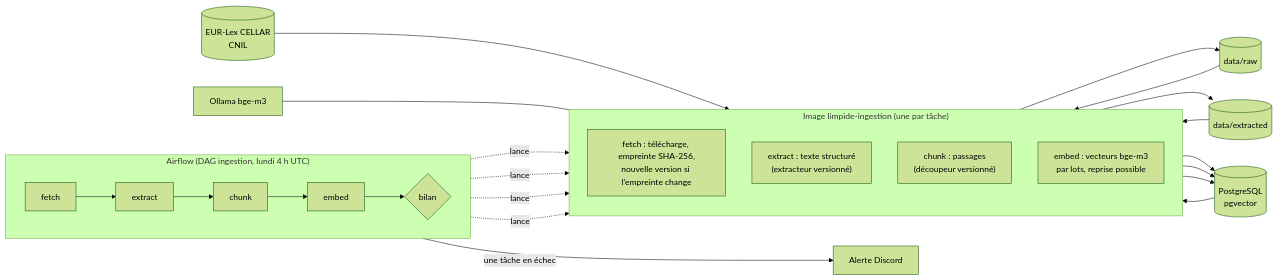
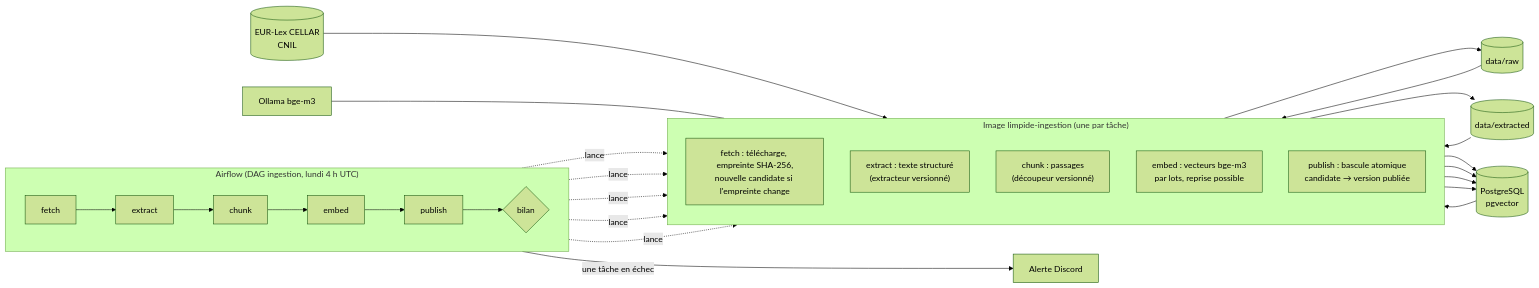
Before and after one commit to olick/limpide: the first of 2 diagrams in docs/pipeline-ingestion.md, drawn with Mermaid (forest theme). The commit also changed other lines of this file and 28 other files, not shown here.

First line of the commit message:
S5 session 1 : cycle de vie des versions (candidate → publiée), migrations DbUp, ADR-014

````diff
--- a/docs/pipeline-ingestion.md
+++ b/docs/pipeline-ingestion.md
@@ -6,29 +6,32 @@
 ```mermaid
 flowchart LR
     subgraph Airflow["Airflow (DAG ingestion, lundi 4 h UTC)"]
         direction LR
-        F[fetch] --> E[extract] --> C[chunk] --> M[embed] --> B{bilan}
+        F[fetch] --> E[extract] --> C[chunk] --> M[embed] --> P[publish] --> B{bilan}
     end
 
     subgraph Conteneurs["Image limpide-ingestion (une par tâche)"]
         direction TB
-        CF["fetch : télécharge, empreinte SHA-256,<br/>nouvelle version si l'empreinte change"]
+        CF["fetch : télécharge, empreinte SHA-256,<br/>nouvelle candidate si l'empreinte change"]
         CE["extract : texte structuré<br/>(extracteur versionné)"]
         CC["chunk : passages<br/>(découpeur versionné)"]
         CM["embed : vecteurs bge-m3<br/>par lots, reprise possible"]
+        CP["publish : bascule atomique<br/>candidate → version publiée"]
     end
 
     Sources[(EUR-Lex CELLAR<br/>CNIL)] --> CF
     CF --> Raw[(data/raw)]
     Raw --> CE --> Ext[(data/extracted)]
     Ext --> CC --> DB[(PostgreSQL<br/>pgvector)]
     DB --> CM --> DB
+    CP --> DB
     Ollama[Ollama bge-m3] --- CM
     CF --> DB
 
     F -.lance.-> CF
     E -.lance.-> CE
     C -.lance.-> CC
     M -.lance.-> CM
+    P -.lance.-> CP
     B -- "une tâche en échec" --> Discord[Alerte Discord]
 ```
````
